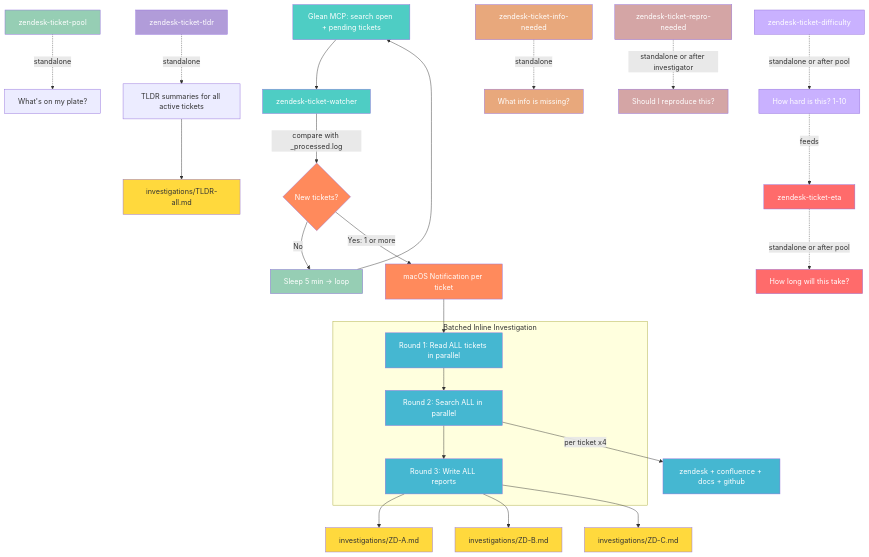
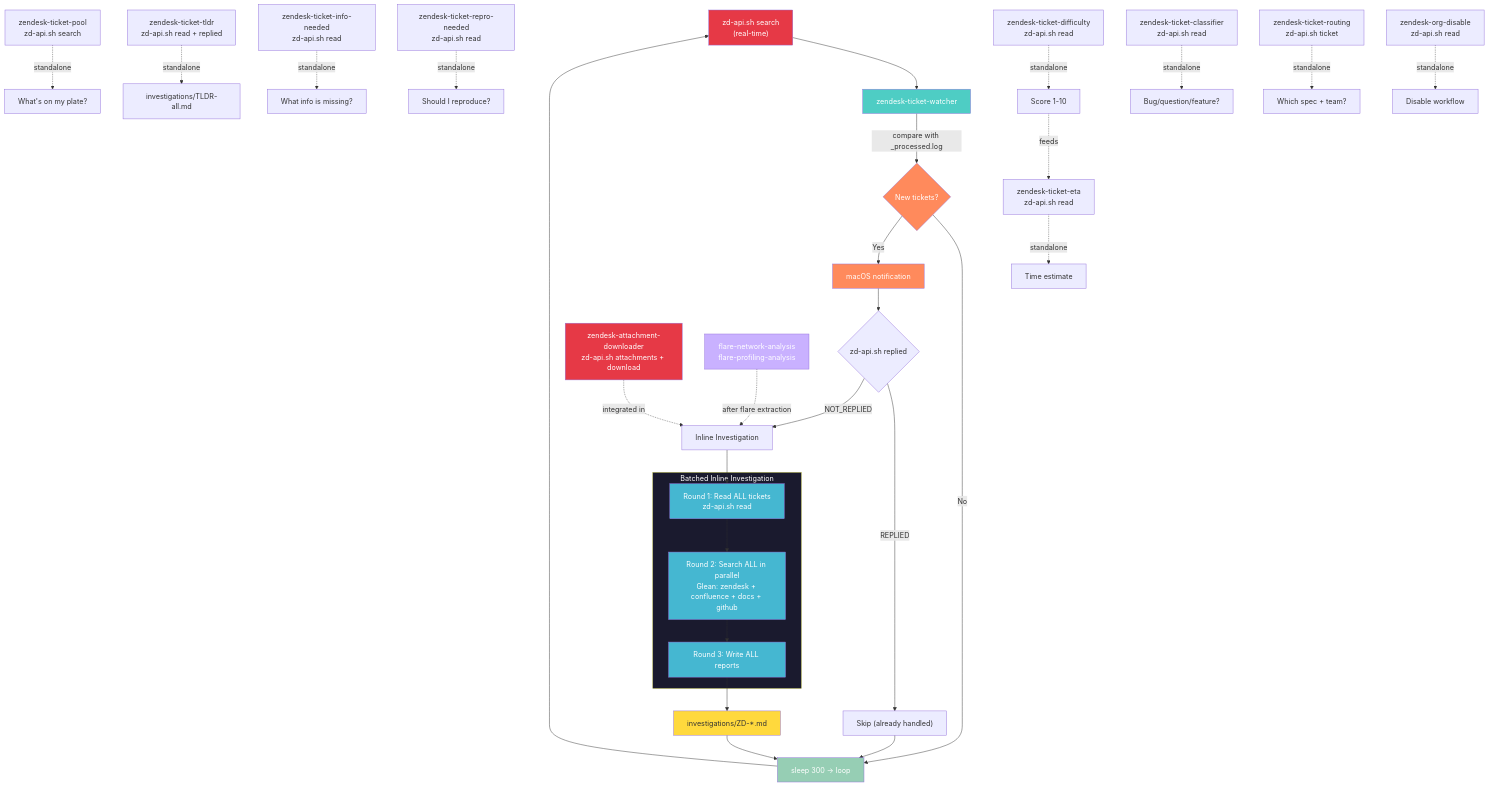
The third of 3 diagrams in README.md (ddalexvea/datadog-cursor-diagnose-skills), drawn with Mermaid before and after one commit. The commit also changed other lines of this file, not shown here.

First line of the commit message:
Rewrite README with Chrome JS architecture, token optimization, and feature docs

````diff
--- a/README.md
+++ b/README.md
@@ -64,53 +147,49 @@
 ```mermaid
 flowchart TD
-    A[Glean MCP: search open + pending tickets] --> B[zendesk-ticket-watcher]
-    B -->|compare with _processed.log| C{New tickets?}
-    C -->|No| S[Sleep 5 min → loop]
-    C -->|Yes: 1 or more| N[macOS Notification per ticket]
-    N --> R1
+    A["zd-api.sh search\n(real-time)"] --> B[zendesk-ticket-watcher]
+    B -->|"compare with _processed.log"| C{New tickets?}
+    C -->|No| S["sleep 300 → loop"]
+    C -->|"Yes"| N["macOS notification"]
 
-    subgraph Batched Inline Investigation
-        R1[Round 1: Read ALL tickets in parallel] --> R2[Round 2: Search ALL in parallel]
-        R2 --> R3[Round 3: Write ALL reports]
+    N --> Reply{"zd-api.sh replied"}
+    Reply -->|"REPLIED"| Skip["Skip (already handled)"]
+    Reply -->|"NOT_REPLIED"| Inv["Inline Investigation"]
+
+    subgraph Investigation["Batched Inline Investigation"]
+        R1["Round 1: Read ALL tickets\nzd-api.sh read"] --> R2["Round 2: Search ALL in parallel\nGlean: zendesk + confluence + docs + github"]
+        R2 --> R3["Round 3: Write ALL reports"]
     end
 
-    R2 -->|per ticket x4| R2D[zendesk + confluence + docs + github]
-    R3 --> F1[investigations/ZD-A.md]
-    R3 --> F2[investigations/ZD-B.md]
-    R3 --> F3[investigations/ZD-C.md]
-
+    Inv --> R1
+    R3 --> F["investigations/ZD-*.md"]
+    F --> S
+    Skip --> S
     S --> A
 
-    G[zendesk-ticket-pool] -.->|standalone| H[What's on my plate?]
-    T[zendesk-ticket-tldr] -.->|standalone| T1[TLDR summaries for all active tickets]
-    T1 --> T2[investigations/TLDR-all.md]
-    I[zendesk-ticket-info-needed] -.->|standalone| I1[What info is missing?]
-    J[zendesk-ticket-repro-needed] -.->|standalone or after investigator| J1[Should I reproduce this?]
-    K[zendesk-ticket-difficulty] -.->|standalone or after pool| K1[How hard is this? 1-10]
-    L[zendesk-ticket-eta] -.->|standalone or after pool| L1[How long will this take?]
-    K1 -.->|feeds| L
+    DL["zendesk-attachment-downloader\nzd-api.sh attachments + download"] -.->|"integrated in"| Inv
+    FA["flare-network-analysis\nflare-profiling-analysis"] -.->|"after flare extraction"| Inv
 
-    style A fill:#4ecdc4,color:#fff
+    G["zendesk-ticket-pool\nzd-api.sh search"] -.->|standalone| H["What's on my plate?"]
+    T["zendesk-ticket-tldr\nzd-api.sh read + replied"] -.->|standalone| T1["investigations/TLDR-all.md"]
+    I["zendesk-ticket-info-needed\nzd-api.sh read"] -.->|standalone| I1["What info is missing?"]
+    J["zendesk-ticket-repro-needed\nzd-api.sh read"] -.->|standalone| J1["Should I reproduce?"]
+    K["zendesk-ticket-difficulty\nzd-api.sh read"] -.->|standalone| K1["Score 1-10"]
+    L["zendesk-ticket-eta\nzd-api.sh read"] -.->|standalone| L1["Time estimate"]
+    CL["zendesk-ticket-classifier\nzd-api.sh read"] -.->|standalone| CL1["Bug/question/feature?"]
+    RT["zendesk-ticket-routing\nzd-api.sh ticket"] -.->|standalone| RT1["Which spec + team?"]
+    OD["zendesk-org-disable\nzd-api.sh read"] -.->|standalone| OD1["Disable workflow"]
+    K1 -.->|"feeds"| L
+
+    style A fill:#e63946,color:#fff
     style B fill:#4ecdc4,color:#fff
     style C fill:#ff8a5c,color:#fff
     style N fill:#ff8a5c,color:#fff
+    style Investigation fill:#1a1a2e,color:#fff
     style R1 fill:#45b7d1,color:#fff
     style R2 fill:#45b7d1,color:#fff
     style R3 fill:#45b7d1,color:#fff
-    style R2D fill:#45b7d1,color:#fff
-    style F1 fill:#ffd93d,color:#333
-    style F2 fill:#ffd93d,color:#333
-    style F3 fill:#ffd93d,color:#333
+    style F fill:#ffd93d,color:#333
     style S fill:#96ceb4,color:#fff
-    style G fill:#96ceb4,color:#fff
-    style T fill:#b19cd9,color:#fff
-    style T2 fill:#ffd93d,color:#333
-    style I fill:#e8a87c,color:#fff
-    style I1 fill:#e8a87c,color:#fff
-    style J fill:#d4a5a5,color:#fff
-    style J1 fill:#d4a5a5,color:#fff
-    style K fill:#c9b1ff,color:#fff
-    style K1 fill:#c9b1ff,color:#fff
-    style L fill:#ff6b6b,color:#fff
-    style L1 fill:#ff6b6b,color:#fff
+    style DL fill:#e63946,color:#fff
+    style FA fill:#c9b1ff,color:#fff
 ```
````
